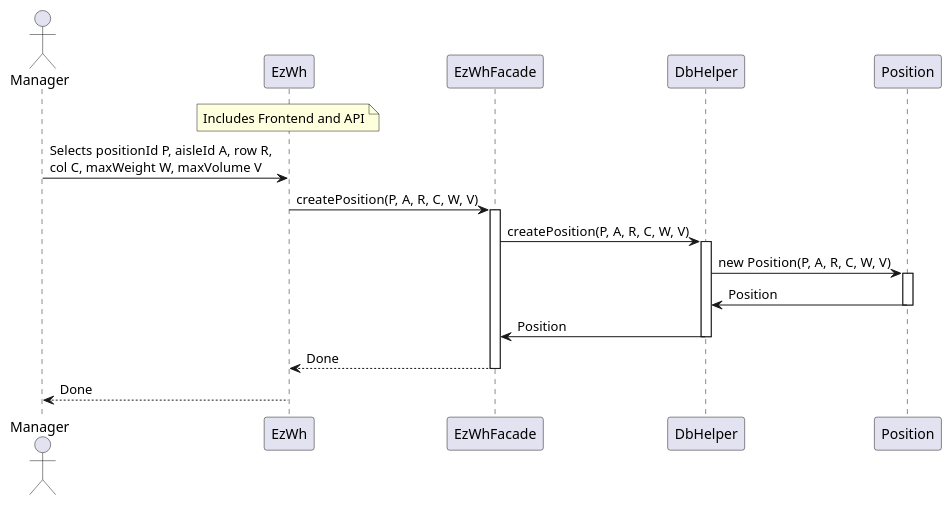
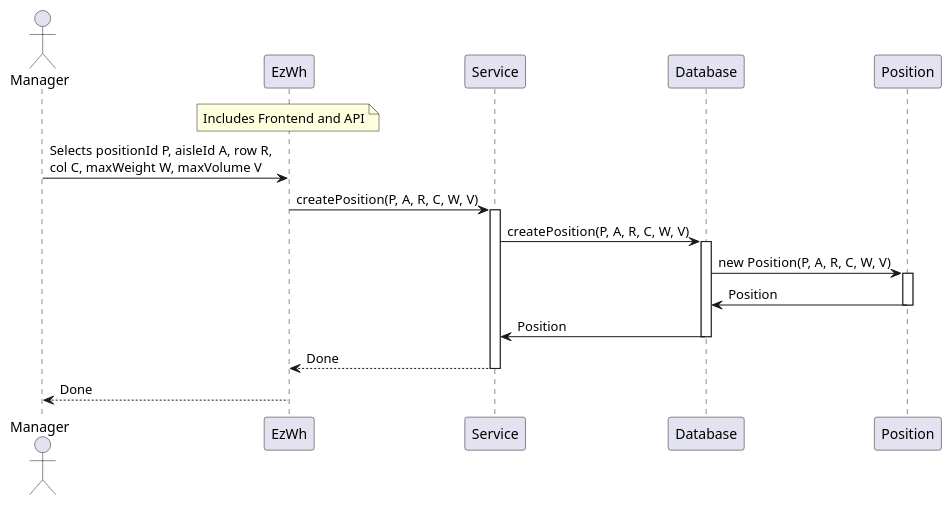
The fourth of 12 diagrams in DesignDocument.md (giuseppe-dandrea/EzWh), drawn with PlantUML before and after one commit. The commit also changed other lines of this file and 3 other files, not shown here.

````diff
--- a/DesignDocument.md
+++ b/DesignDocument.md
@@ -615,23 +608,23 @@
 ```plantuml
 actor Manager
 participant EzWh
 note over EzWh: Includes Frontend and API
-participant EzWhFacade
-participant DbHelper
+participant Service
+participant Database
 participant Position
 
 Manager -> EzWh: Selects positionId P, aisleId A, row R,\ncol C, maxWeight W, maxVolume V
-EzWh -> EzWhFacade: createPosition(P, A, R, C, W, V)
-activate EzWhFacade
-EzWhFacade -> DbHelper: createPosition(P, A, R, C, W, V)
-activate DbHelper
-DbHelper-> Position: new Position(P, A, R, C, W, V)
+EzWh -> Service: createPosition(P, A, R, C, W, V)
+activate Service
+Service -> Database: createPosition(P, A, R, C, W, V)
+activate Database
+Database-> Position: new Position(P, A, R, C, W, V)
 activate Position
-Position -> DbHelper: Position
+Position -> Database: Position
 deactivate Position
-DbHelper->EzWhFacade: Position
-deactivate DbHelper
-EzWhFacade --> EzWh: Done
-deactivate EzWhFacade
+Database->Service: Position
+deactivate Database
+Service --> EzWh: Done
+deactivate Service
 EzWh --> Manager : Done
 ```
````
